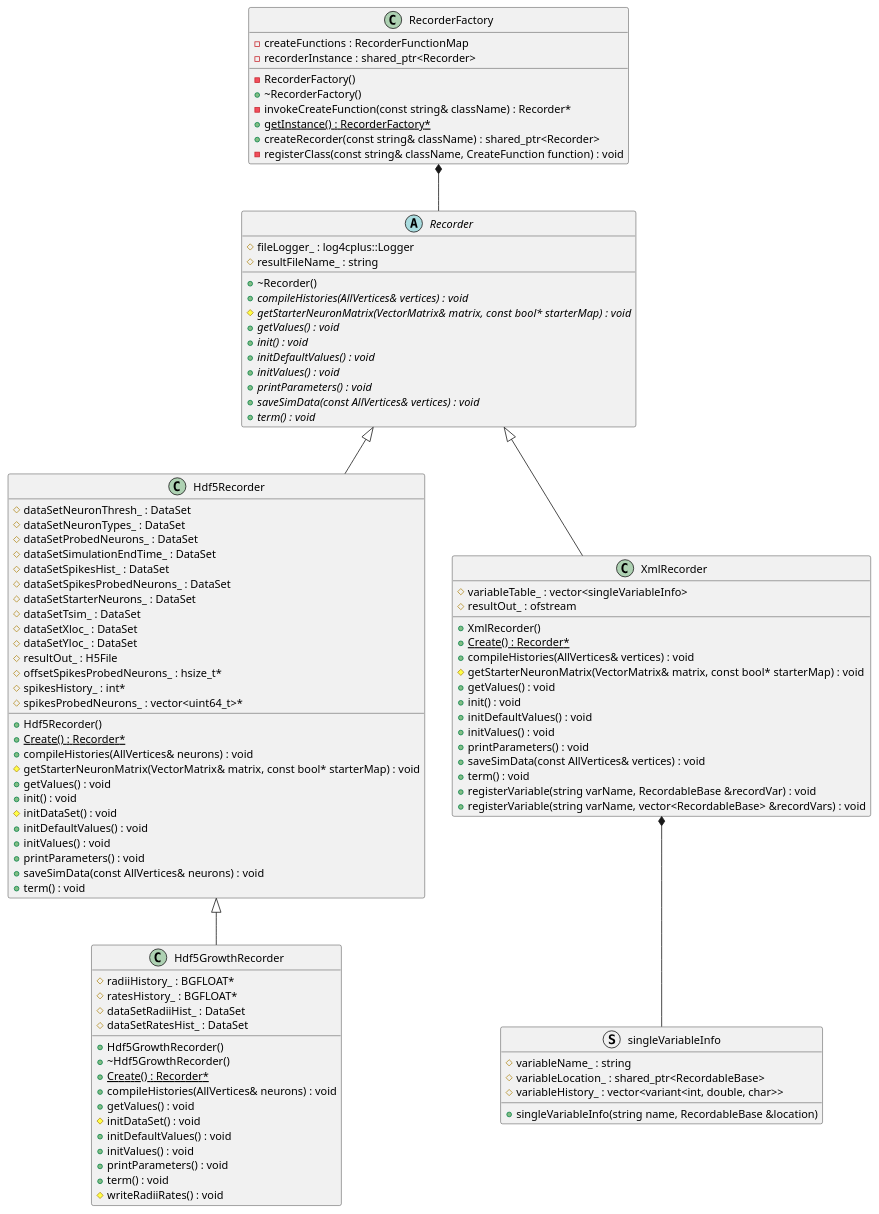
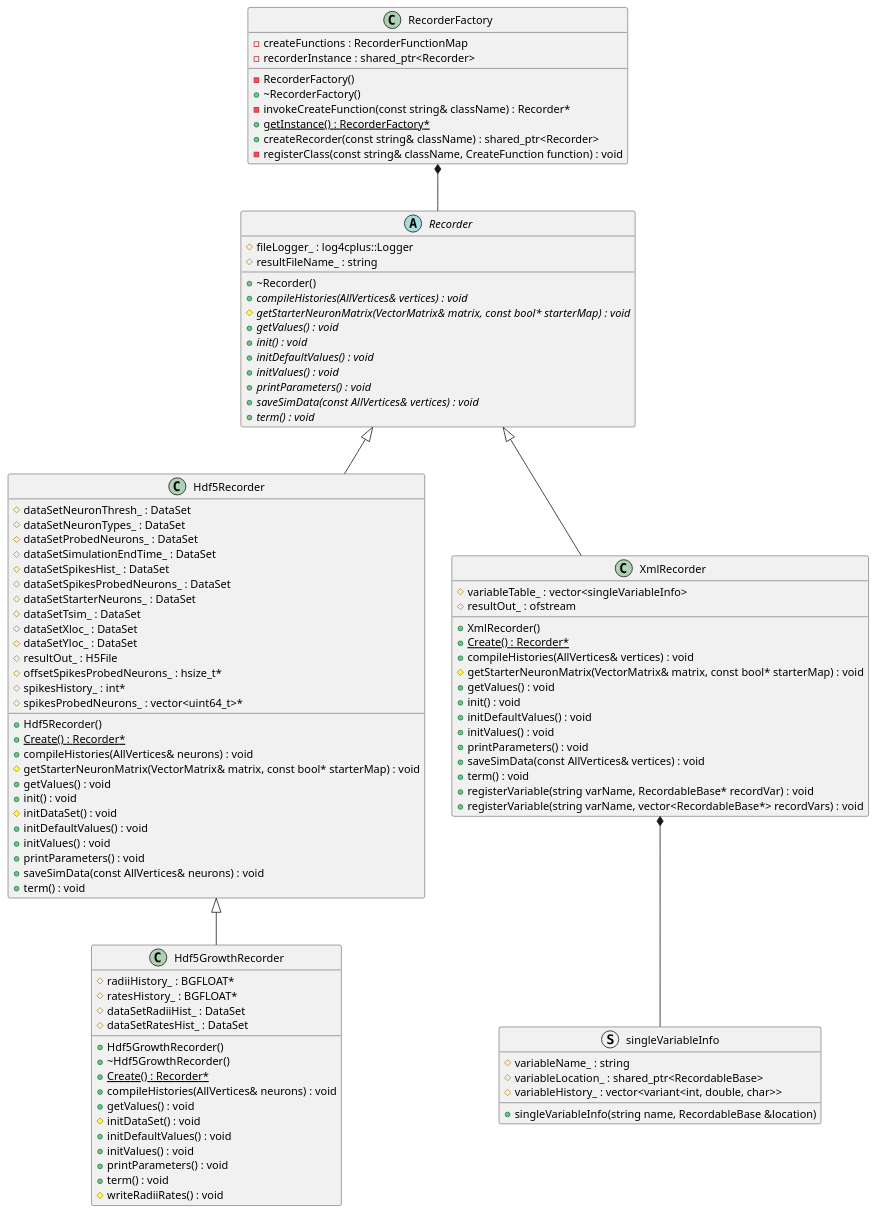
Before and after one commit to UWB-Biocomputing/Graphitti: the diagram in docs/Developer/ClassDiagrams/recorder.puml, drawn with PlantUML. The commit also changed 15 other files, not shown here.

```diff
--- a/docs/Developer/ClassDiagrams/recorder.puml
+++ b/docs/Developer/ClassDiagrams/recorder.puml
@@ -1,146 +1,146 @@
 @startuml RecorderClassDiagram
 
 
 
 
 
 /' Objects '/
 
 class Hdf5GrowthRecorder {
 	+Hdf5GrowthRecorder()
 	+~Hdf5GrowthRecorder()
 	#radiiHistory_ : BGFLOAT*
 	#ratesHistory_ : BGFLOAT*
 	#dataSetRadiiHist_ : DataSet
 	#dataSetRatesHist_ : DataSet
 	+{static} Create() : Recorder*
 	+compileHistories(AllVertices& neurons) : void
 	+getValues() : void
 	#initDataSet() : void
 	+initDefaultValues() : void
 	+initValues() : void
 	+printParameters() : void
 	+term() : void
 	#writeRadiiRates() : void
 }
 
 
 class Hdf5Recorder {
 	+Hdf5Recorder()
 	#dataSetNeuronThresh_ : DataSet
 	#dataSetNeuronTypes_ : DataSet
 	#dataSetProbedNeurons_ : DataSet
 	#dataSetSimulationEndTime_ : DataSet
 	#dataSetSpikesHist_ : DataSet
 	#dataSetSpikesProbedNeurons_ : DataSet
 	#dataSetStarterNeurons_ : DataSet
 	#dataSetTsim_ : DataSet
 	#dataSetXloc_ : DataSet
 	#dataSetYloc_ : DataSet
 	#resultOut_ : H5File
 	+{static} Create() : Recorder*
 	#offsetSpikesProbedNeurons_ : hsize_t*
 	#spikesHistory_ : int*
 	#spikesProbedNeurons_ : vector<uint64_t>*
 	+compileHistories(AllVertices& neurons) : void
 	#getStarterNeuronMatrix(VectorMatrix& matrix, const bool* starterMap) : void
 	+getValues() : void
 	+init() : void
 	#initDataSet() : void
 	+initDefaultValues() : void
 	+initValues() : void
 	+printParameters() : void
 	+saveSimData(const AllVertices& neurons) : void
 	+term() : void
 }
 
 
 abstract class Recorder {
 	+~Recorder()
 	#fileLogger_ : log4cplus::Logger
 	#resultFileName_ : string
 	+{abstract} compileHistories(AllVertices& vertices) : void
 	#{abstract} getStarterNeuronMatrix(VectorMatrix& matrix, const bool* starterMap) : void
 	+{abstract} getValues() : void
 	+{abstract} init() : void
 	+{abstract} initDefaultValues() : void
 	+{abstract} initValues() : void
 	+{abstract} printParameters() : void
 	+{abstract} saveSimData(const AllVertices& vertices) : void
 	+{abstract} term() : void
 }
 
 
 class RecorderFactory {
 	-RecorderFactory()
 	+~RecorderFactory()
 	-invokeCreateFunction(const string& className) : Recorder*
 	+{static} getInstance() : RecorderFactory*
 	-createFunctions : RecorderFunctionMap
 	+createRecorder(const string& className) : shared_ptr<Recorder>
 	-recorderInstance : shared_ptr<Recorder>
 	-registerClass(const string& className, CreateFunction function) : void
 }
 
 
 class XmlRecorder {
 	+XmlRecorder()
 	+{static} Create() : Recorder*
 	#variableTable_ : vector<singleVariableInfo>
 	#resultOut_ : ofstream
 	+compileHistories(AllVertices& vertices) : void
 	#getStarterNeuronMatrix(VectorMatrix& matrix, const bool* starterMap) : void
 	+getValues() : void
 	+init() : void
 	+initDefaultValues() : void
 	+initValues() : void
 	+printParameters() : void
 	+saveSimData(const AllVertices& vertices) : void
 	+term() : void
-	+registerVariable(string varName, RecordableBase &recordVar) : void
-	+registerVariable(string varName, vector<RecordableBase> &recordVars) : void
+	+registerVariable(string varName, RecordableBase* recordVar) : void
+	+registerVariable(string varName, vector<RecordableBase*> recordVars) : void
 	
 	/' methods only used for unit test 
 	+XmlRecorder(string fileName_)
 	+getVariableName(int numIndex) const : string
 	+getSingleVariable(int numIndex) const : &EventBuffer
 	+getHistory() const : const &vector<vector<uint64_t>>
 	'/
 }
 
 struct singleVariableInfo {
 	#variableName_ : string
 	#variableLocation_ : shared_ptr<RecordableBase>
 	#variableHistory_ : vector<variant<int, double, char>>
 	+singleVariableInfo(string name, RecordableBase &location)
 }
 
 
 
 /' Inheritance relationships '/
 
 .Hdf5Recorder <|-- .Hdf5GrowthRecorder
 
 
 .Recorder <|-- .Hdf5Recorder
 
 
 .Recorder <|-- .XmlRecorder
 
 
 /' Aggregation relationships '/
 
 .RecorderFactory *-- .Recorder
 
 /' Composition relationships '/
 
 .XmlRecorder *-- .singleVariableInfo
 
 
 
 
 /' Nested objects '/
 
 
 
 @enduml
```
